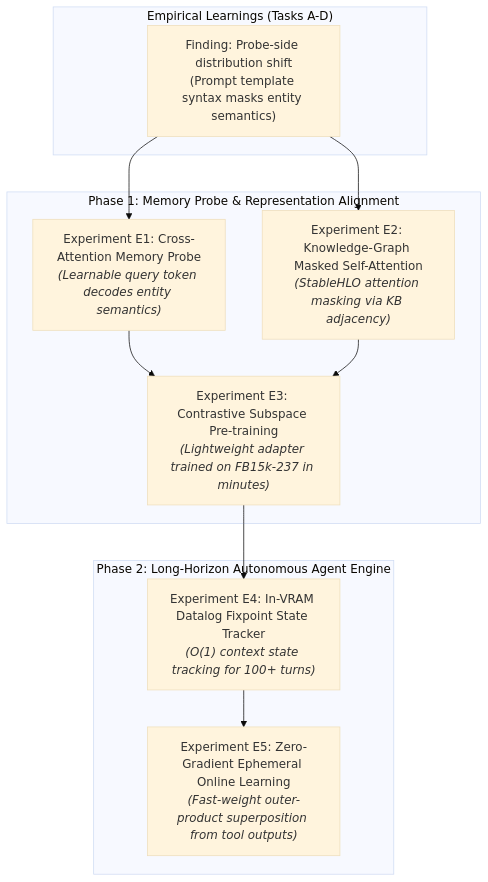
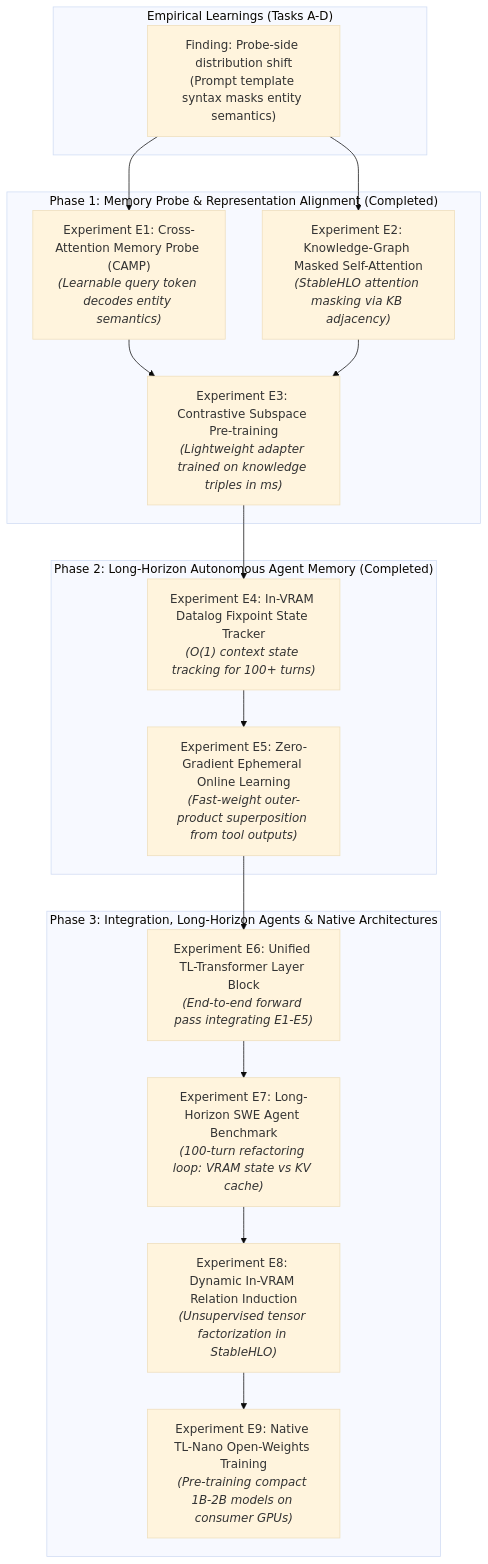
The first of 2 diagrams in docs/tensor_logic/future_experiments.md (alpeware/clj-einsum), drawn with Mermaid (base theme) before and after one commit. The commit also changed other lines of this file, not shown here.

Commit message:
docs(tensor-logic): add formal specifications for Experiments E6-E9 to future_experiments.md

````diff
--- a/docs/tensor_logic/future_experiments.md
+++ b/docs/tensor_logic/future_experiments.md
@@ -36,24 +36,35 @@
 ```mermaid
 flowchart TD
     subgraph Diagnostics ["Empirical Learnings (Tasks A-D)"]
         D["Finding: Probe-side distribution shift<br/>(Prompt template syntax masks entity semantics)"]
     end
 
-    subgraph Phase1 ["Phase 1: Memory Probe & Representation Alignment"]
-        E1["Experiment E1: Cross-Attention Memory Probe<br/><i>(Learnable query token decodes entity semantics)</i>"]
+    subgraph Phase1 ["Phase 1: Memory Probe & Representation Alignment (Completed)"]
+        E1["Experiment E1: Cross-Attention Memory Probe (CAMP)<br/><i>(Learnable query token decodes entity semantics)</i>"]
         E2["Experiment E2: Knowledge-Graph Masked Self-Attention<br/><i>(StableHLO attention masking via KB adjacency)</i>"]
-        E3["Experiment E3: Contrastive Subspace Pre-training<br/><i>(Lightweight adapter trained on FB15k-237 in minutes)</i>"]
+        E3["Experiment E3: Contrastive Subspace Pre-training<br/><i>(Lightweight adapter trained on knowledge triples in ms)</i>"]
     end
 
-    subgraph Phase2 ["Phase 2: Long-Horizon Autonomous Agent Engine"]
+    subgraph Phase2 ["Phase 2: Long-Horizon Autonomous Agent Memory (Completed)"]
         E4["Experiment E4: In-VRAM Datalog Fixpoint State Tracker<br/><i>(O(1) context state tracking for 100+ turns)</i>"]
         E5["Experiment E5: Zero-Gradient Ephemeral Online Learning<br/><i>(Fast-weight outer-product superposition from tool outputs)</i>"]
+    end
+
+    subgraph Phase3 ["Phase 3: Integration, Long-Horizon Agents & Native Architectures"]
+        E6["Experiment E6: Unified TL-Transformer Layer Block<br/><i>(End-to-end forward pass integrating E1-E5)</i>"]
+        E7["Experiment E7: Long-Horizon SWE Agent Benchmark<br/><i>(100-turn refactoring loop: VRAM state vs KV cache)</i>"]
+        E8["Experiment E8: Dynamic In-VRAM Relation Induction<br/><i>(Unsupervised tensor factorization in StableHLO)</i>"]
+        E9["Experiment E9: Native TL-Nano Open-Weights Training<br/><i>(Pre-training compact 1B-2B models on consumer GPUs)</i>"]
     end
 
     D --> E1
     D --> E2
     E1 --> E3
     E2 --> E3
     E3 --> E4
     E4 --> E5
+    E5 --> E6
+    E6 --> E7
+    E7 --> E8
+    E8 --> E9
 ```
````
